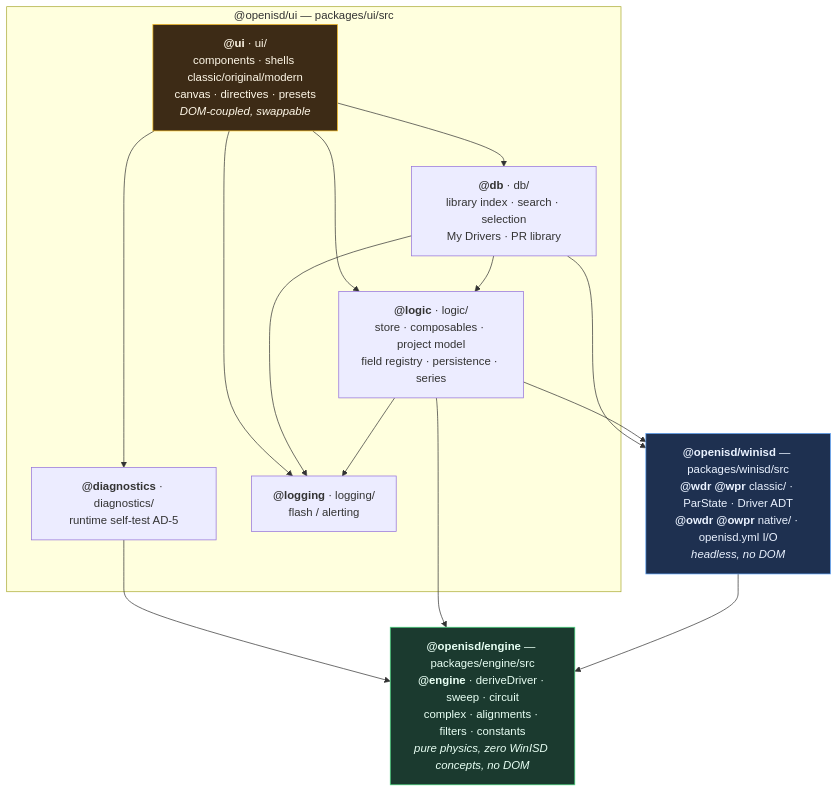
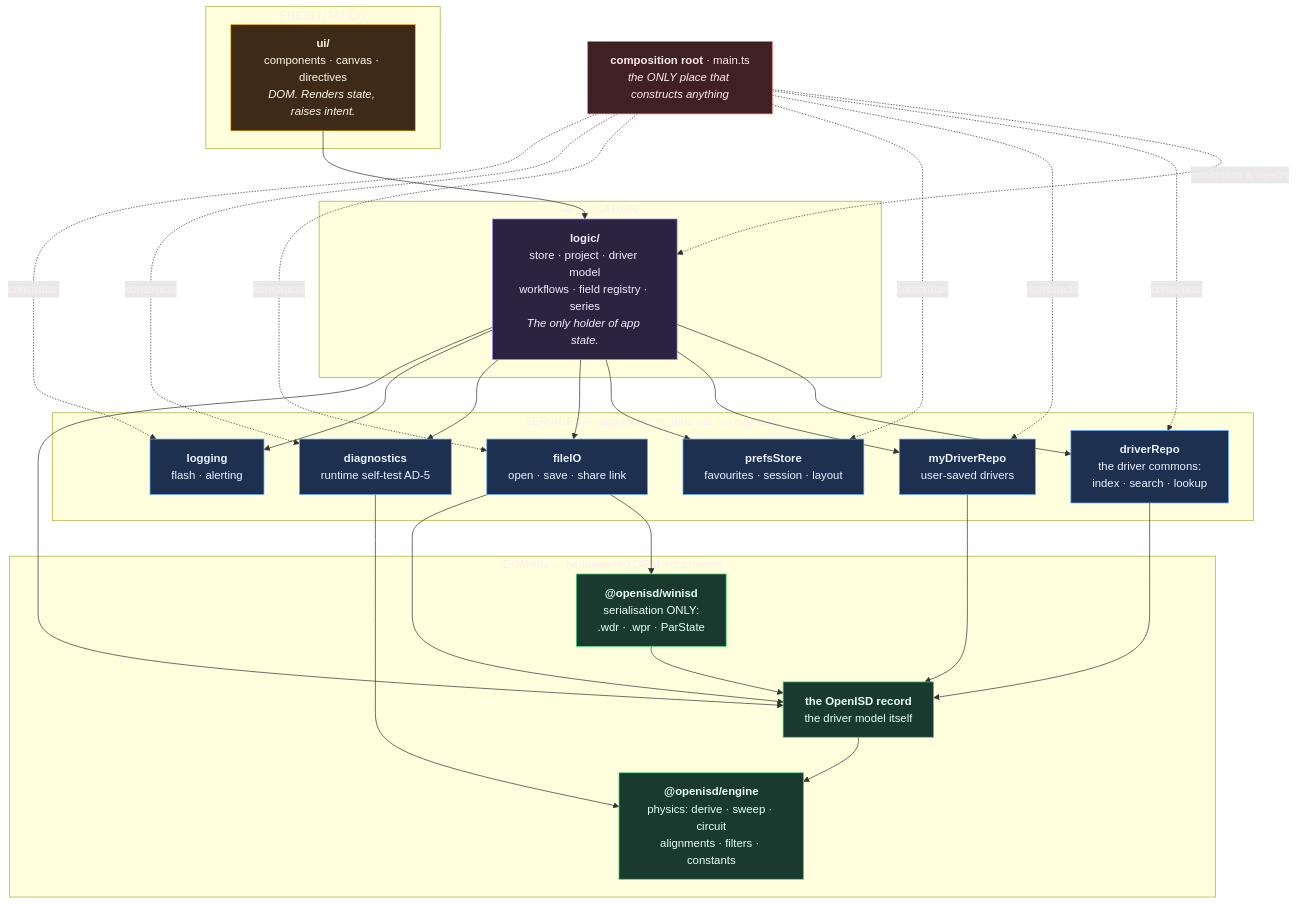
One commit to Johnlon/openisd changed the second of 3 diagrams in ARCHITECTURE.md. Above: the diagram before and after it, drawn with Mermaid. The commit also changed other lines of this file and 31 other files, not shown here.

````diff
--- a/ARCHITECTURE.md
+++ b/ARCHITECTURE.md
@@ -67,34 +71,62 @@
 ```mermaid
 graph TD
-    subgraph uipkg["@openisd/ui — packages/ui/src"]
-        UI["<b>@ui</b> · ui/<br/>components · shells classic/original/modern<br/>canvas · directives · presets<br/><i>DOM-coupled, swappable</i>"]
-        DB["<b>@db</b> · db/<br/>library index · search · selection<br/>My Drivers · PR library"]
-        DIAG["<b>@diagnostics</b> · diagnostics/<br/>runtime self-test AD-5"]
-        LOGIC["<b>@logic</b> · logic/<br/>store · composables · project model<br/>field registry · persistence · series"]
-        LOGGING["<b>@logging</b> · logging/<br/>flash / alerting"]
+    subgraph L1["PRESENTATION"]
+        UI["<b>ui/</b><br/>components · canvas · directives<br/><i>DOM. Renders state, raises intent.</i>"]
     end
 
-    WINISD["<b>@openisd/winisd</b> — packages/winisd/src<br/><b>@wdr @wpr</b> classic/ · ParState · Driver ADT<br/><b>@owdr @owpr</b> native/ · openisd.yml I/O<br/><i>headless, no DOM</i>"]
+    subgraph L2["APPLICATION"]
+        LOGIC["<b>logic/</b><br/>store · project · driver model<br/>workflows · field registry · series<br/><i>The only holder of app state.</i>"]
+    end
 
-    ENGINE["<b>@openisd/engine</b> — packages/engine/src<br/><b>@engine</b> · deriveDriver · sweep · circuit<br/>complex · alignments · filters · constants<br/><i>pure physics, zero WinISD concepts, no DOM</i>"]
+    subgraph L3["SERVICES — arguments in, data out, no app state"]
+        DRIVERREPO["<b>driverRepo</b><br/>the driver commons:<br/>index · search · lookup"]
+        MYREPO["<b>myDriverRepo</b><br/>user-saved drivers"]
+        PREFS["<b>prefsStore</b><br/>favourites · session · layout"]
+        FILEIO["<b>fileIO</b><br/>open · save · share link"]
+        DIAG["<b>diagnostics</b><br/>runtime self-test AD-5"]
+        LOGGING["<b>logging</b><br/>flash · alerting"]
+    end
 
-    UI --> DB
+    subgraph L4["DOMAIN — headless, no DOM, no browser"]
+        MODEL["<b>the OpenISD record</b><br/>the driver model itself"]
+        ENGINE["<b>@openisd/engine</b><br/>physics: derive · sweep · circuit<br/>alignments · filters · constants"]
+        SERIAL["<b>@openisd/winisd</b><br/>serialisation ONLY:<br/>.wdr · .wpr · ParState"]
+    end
+
+    ROOT["<b>composition root</b> · main.ts<br/><i>the ONLY place that constructs anything</i>"]
+
+    ROOT -.constructs & injects.-> LOGIC
+    ROOT -.constructs.-> DRIVERREPO
+    ROOT -.constructs.-> MYREPO
+    ROOT -.constructs.-> PREFS
+    ROOT -.constructs.-> FILEIO
+    ROOT -.constructs.-> DIAG
+    ROOT -.constructs.-> LOGGING
+
     UI --> LOGIC
-    UI --> LOGGING
-    UI --> DIAG
-    DB --> LOGIC
-    DB --> LOGGING
-    DB --> WINISD
+    LOGIC --> DRIVERREPO
+    LOGIC --> MYREPO
+    LOGIC --> PREFS
+    LOGIC --> FILEIO
+    LOGIC --> DIAG
     LOGIC --> LOGGING
-    LOGIC --> WINISD
+    LOGIC --> MODEL
+    DRIVERREPO --> MODEL
+    MYREPO --> MODEL
+    FILEIO --> SERIAL
+    FILEIO --> MODEL
     DIAG --> ENGINE
-    LOGIC --> ENGINE
-    WINISD --> ENGINE
+    MODEL --> ENGINE
+    SERIAL --> MODEL
 
-    classDef pure fill:#1b3a2f,stroke:#4ade80,color:#e8fff4
-    classDef headless fill:#1e3050,stroke:#60a5fa,color:#eaf2ff
-    classDef dom fill:#3d2b16,stroke:#fbbf24,color:#fff8e8
-    class ENGINE pure
-    class WINISD headless
-    class UI dom
+    classDef pres fill:#3d2b16,stroke:#fbbf24,color:#fff8e8
+    classDef app fill:#2a2440,stroke:#a78bfa,color:#f2ecff
+    classDef svc fill:#1e3050,stroke:#60a5fa,color:#eaf2ff
+    classDef dom fill:#1b3a2f,stroke:#4ade80,color:#e8fff4
+    classDef root fill:#402020,stroke:#f87171,color:#ffecec
+    class UI pres
+    class LOGIC app
+    class DRIVERREPO,MYREPO,PREFS,FILEIO,DIAG,LOGGING svc
+    class MODEL,ENGINE,SERIAL dom
+    class ROOT root
 ```
````
